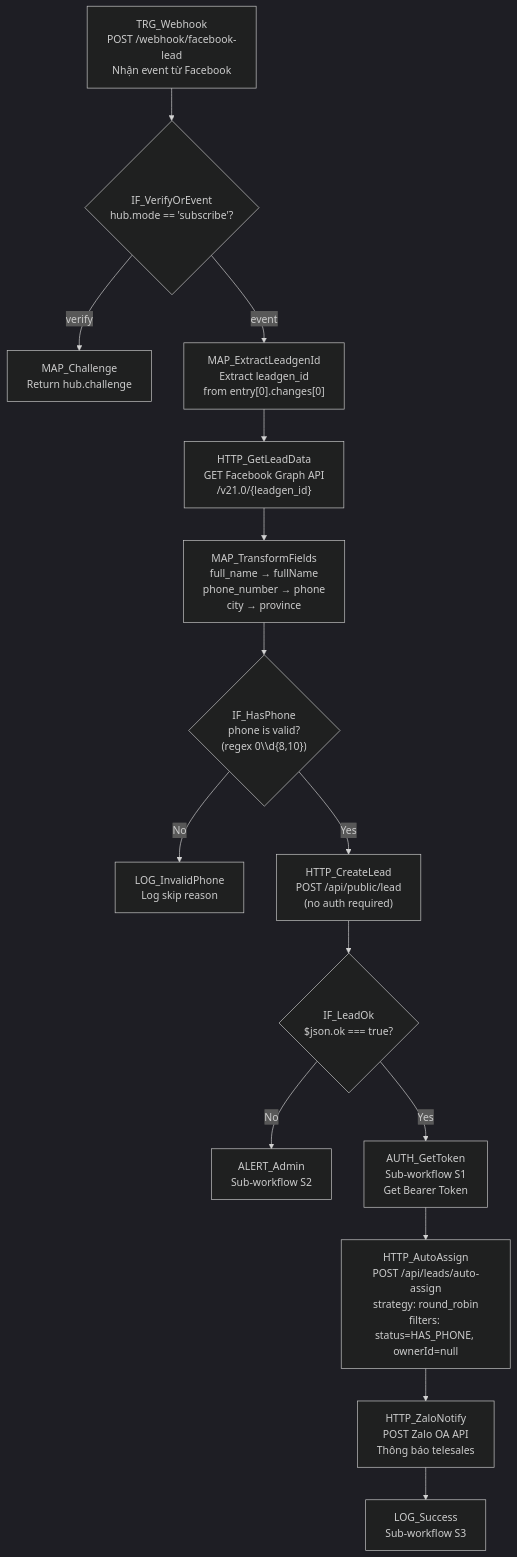
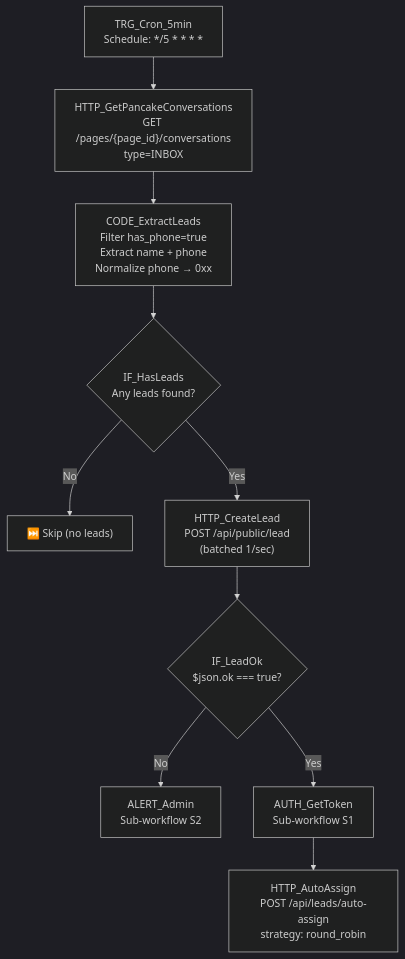
The diagram in docs/n8n/02-facebook-lead-capture.md (nguyendinhduy-1995/daotaolaixethayduy-V2), drawn with Mermaid (dark theme) before and after one commit. The commit also changed other lines of this file and 37 other files, not shown here.

First line of the commit message:
fix: add TrackingCode migration + Meta Pixel on landing page

````diff
--- a/docs/n8n/02-facebook-lead-capture.md
+++ b/docs/n8n/02-facebook-lead-capture.md
@@ -52,23 +45,17 @@
 ```mermaid
 graph TD
-    TRG_Webhook["TRG_Webhook<br/>POST /webhook/facebook-lead<br/>Nhận event từ Facebook"]
-    --> IF_VerifyOrEvent{"IF_VerifyOrEvent<br/>hub.mode == 'subscribe'?"}
+    TRG_Cron["TRG_Cron_5min<br/>Schedule: */5 * * * *"]
+    --> HTTP_GetConv["HTTP_GetPancakeConversations<br/>GET /pages/{page_id}/conversations<br/>type=INBOX"]
 
-    IF_VerifyOrEvent -->|verify| MAP_Challenge["MAP_Challenge<br/>Return hub.challenge"]
+    HTTP_GetConv --> CODE_Extract["CODE_ExtractLeads<br/>Filter has_phone=true<br/>Extract name + phone<br/>Normalize phone → 0xx"]
+    CODE_Extract --> IF_HasLeads{"IF_HasLeads<br/>Any leads found?"}
 
-    IF_VerifyOrEvent -->|event| MAP_ExtractLeadgenId["MAP_ExtractLeadgenId<br/>Extract leadgen_id<br/>from entry[0].changes[0]"]
-    MAP_ExtractLeadgenId --> HTTP_GetLeadData["HTTP_GetLeadData<br/>GET Facebook Graph API<br/>/v21.0/{leadgen_id}"]
-    HTTP_GetLeadData --> MAP_TransformFields["MAP_TransformFields<br/>full_name → fullName<br/>phone_number → phone<br/>city → province"]
-    MAP_TransformFields --> IF_HasPhone{"IF_HasPhone<br/>phone is valid?<br/>(regex 0\\d{8,10})"}
-
-    IF_HasPhone -->|No| LOG_InvalidPhone["LOG_InvalidPhone<br/>Log skip reason"]
-    IF_HasPhone -->|Yes| HTTP_CreateLead["HTTP_CreateLead<br/>POST /api/public/lead<br/>(no auth required)"]
+    IF_HasLeads -->|No| END_NoLeads["⏭️ Skip (no leads)"]
+    IF_HasLeads -->|Yes| HTTP_CreateLead["HTTP_CreateLead<br/>POST /api/public/lead<br/>(batched 1/sec)"]
 
     HTTP_CreateLead --> IF_LeadOk{"IF_LeadOk<br/>$json.ok === true?"}
     IF_LeadOk -->|No| ALERT_Admin["ALERT_Admin<br/>Sub-workflow S2"]
 
-    IF_LeadOk -->|Yes| AUTH_GetToken["AUTH_GetToken<br/>Sub-workflow S1<br/>Get Bearer Token"]
-    AUTH_GetToken --> HTTP_AutoAssign["HTTP_AutoAssign<br/>POST /api/leads/auto-assign<br/>strategy: round_robin<br/>filters: status=HAS_PHONE, ownerId=null"]
-    HTTP_AutoAssign --> HTTP_ZaloNotify["HTTP_ZaloNotify<br/>POST Zalo OA API<br/>Thông báo telesales"]
-    HTTP_ZaloNotify --> LOG_Success["LOG_Success<br/>Sub-workflow S3"]
+    IF_LeadOk -->|Yes| AUTH_GetToken["AUTH_GetToken<br/>Sub-workflow S1"]
+    AUTH_GetToken --> HTTP_AutoAssign["HTTP_AutoAssign<br/>POST /api/leads/auto-assign<br/>strategy: round_robin"]
 ```
````
